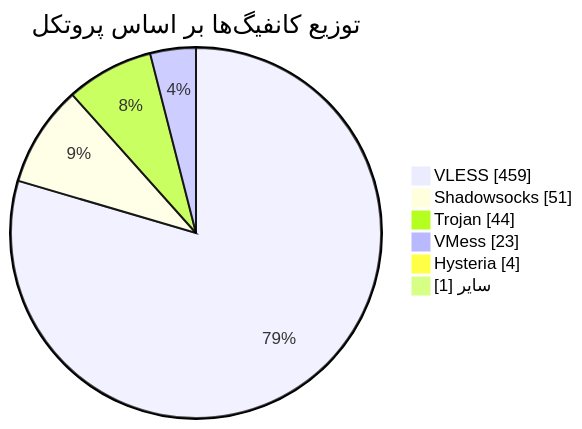
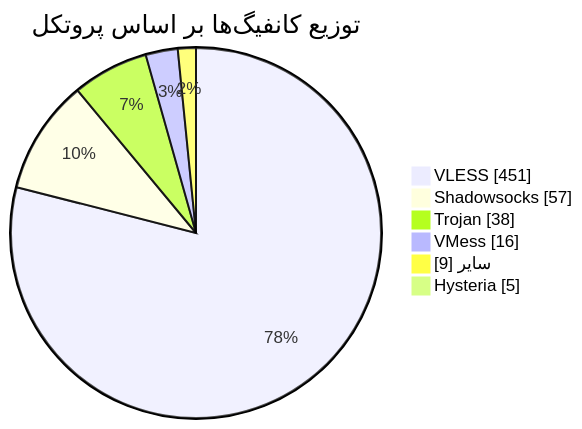
Before and after one commit to Arian-Alijani/Somthing: the diagram in README.md, drawn with Mermaid. The commit also changed other lines of this file and 19 other files, not shown here.

````diff
--- a/README.md
+++ b/README.md
@@ -48,10 +48,10 @@
 ```mermaid
 pie showData
     title توزیع کانفیگ‌ها بر اساس پروتکل
-    "VLESS" : 459
-    "Shadowsocks" : 51
-    "Trojan" : 44
-    "VMess" : 23
-    "Hysteria" : 4
-    "سایر" : 1
+    "VLESS" : 451
+    "Shadowsocks" : 57
+    "Trojan" : 38
+    "VMess" : 16
+    "سایر" : 9
+    "Hysteria" : 5
 ```
````
